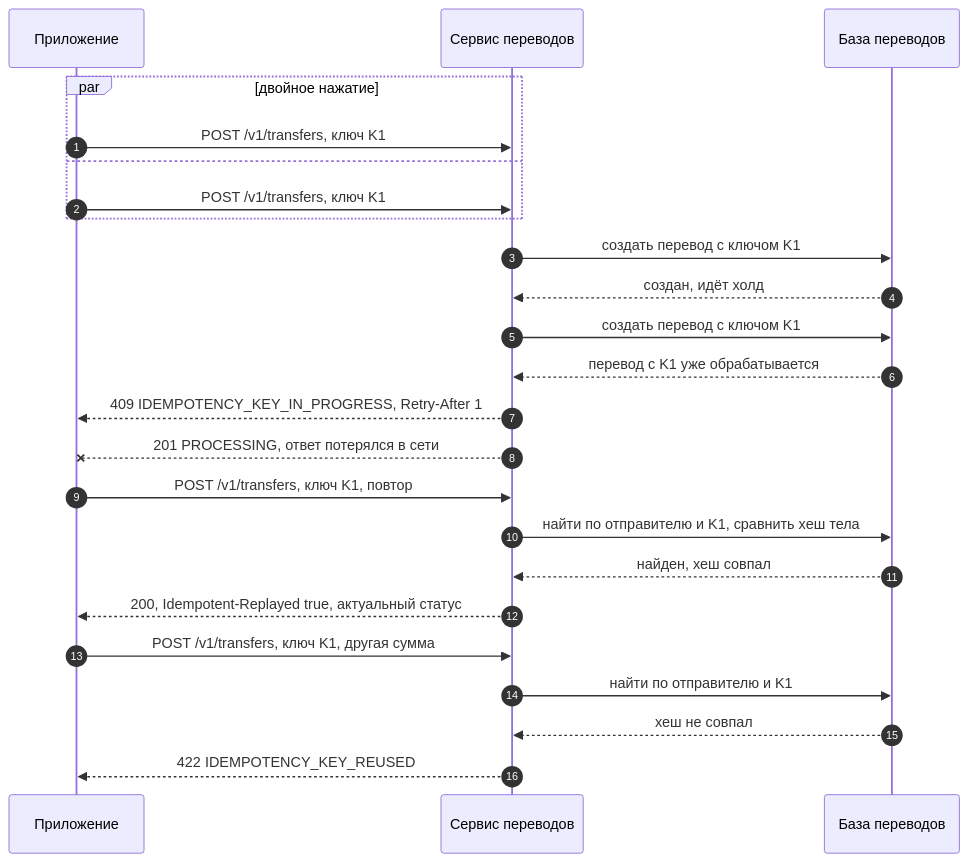
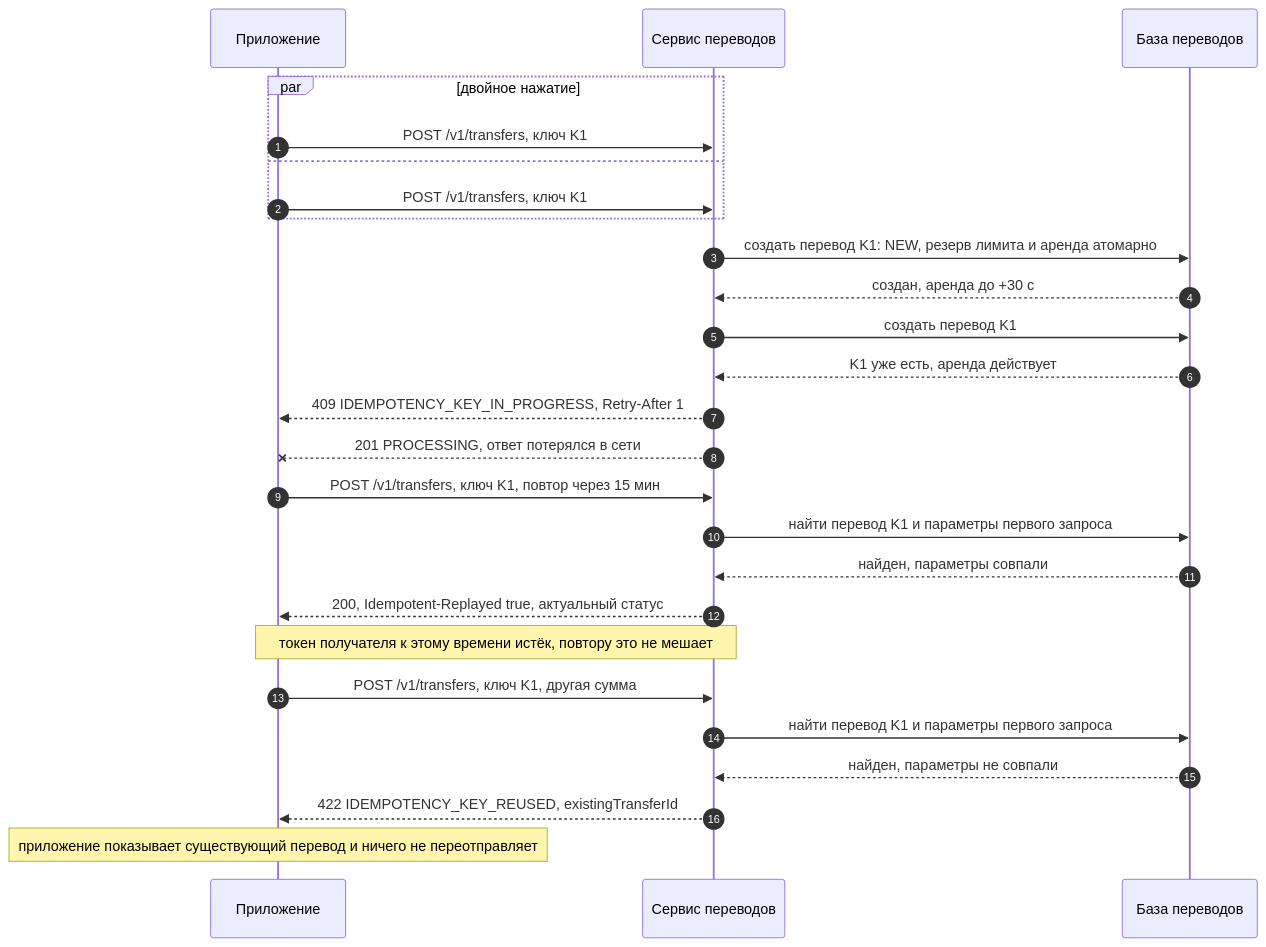
The second of 6 diagrams in docs/design/sequences.md (KORTEZZ12/phone-transfers), drawn with Mermaid before and after one commit. The commit also changed other lines of this file and 11 other files, not shown here.

Commit message:
Повторы: ключ проверяется первым и распознаётся без срока, REUSED без автопереотправки, аренда обработки, состояния экрана (#24)

````diff
--- a/docs/design/sequences.md
+++ b/docs/design/sequences.md
@@ -53,26 +53,28 @@
 ```mermaid
 sequenceDiagram
   autonumber
   participant App as Приложение
   participant TS as Сервис переводов
   participant DB as База переводов
   par двойное нажатие
     App->>TS: POST /v1/transfers, ключ K1
   and
     App->>TS: POST /v1/transfers, ключ K1
   end
-  TS->>DB: создать перевод с ключом K1
-  DB-->>TS: создан, идёт холд
-  TS->>DB: создать перевод с ключом K1
-  DB-->>TS: перевод с K1 уже обрабатывается
+  TS->>DB: создать перевод K1: NEW, резерв лимита и аренда атомарно
+  DB-->>TS: создан, аренда до +30 с
+  TS->>DB: создать перевод K1
+  DB-->>TS: K1 уже есть, аренда действует
   TS-->>App: 409 IDEMPOTENCY_KEY_IN_PROGRESS, Retry-After 1
   TS--xApp: 201 PROCESSING, ответ потерялся в сети
-  App->>TS: POST /v1/transfers, ключ K1, повтор
-  TS->>DB: найти по отправителю и K1, сравнить хеш тела
-  DB-->>TS: найден, хеш совпал
+  App->>TS: POST /v1/transfers, ключ K1, повтор через 15 мин
+  TS->>DB: найти перевод K1 и параметры первого запроса
+  DB-->>TS: найден, параметры совпали
   TS-->>App: 200, Idempotent-Replayed true, актуальный статус
+  Note over App,TS: токен получателя к этому времени истёк, повтору это не мешает
   App->>TS: POST /v1/transfers, ключ K1, другая сумма
-  TS->>DB: найти по отправителю и K1
-  DB-->>TS: хеш не совпал
-  TS-->>App: 422 IDEMPOTENCY_KEY_REUSED
+  TS->>DB: найти перевод K1 и параметры первого запроса
+  DB-->>TS: найден, параметры не совпали
+  TS-->>App: 422 IDEMPOTENCY_KEY_REUSED, existingTransferId
+  Note over App: приложение показывает существующий перевод и ничего не переотправляет
 ```
````
